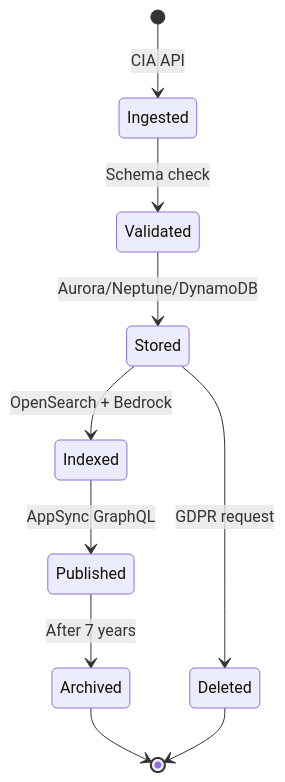
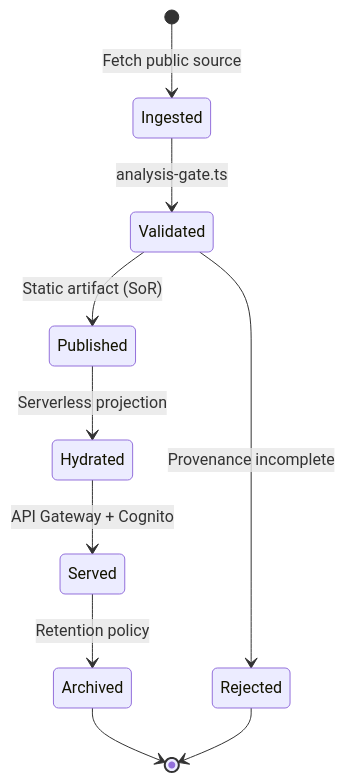
One commit to Hack23/riksdagsmonitor changed diagram 17 of 18 in FUTURE_DATA_MODEL.md. Above: the diagram before and after it, drawn with Mermaid. The commit also changed other lines of this file and 5 other files, not shown here.

Commit message:
Rewrite FUTURE_DATA_MODEL.md as three-horizon data architecture (v3.0)

````diff
--- a/FUTURE_DATA_MODEL.md
+++ b/FUTURE_DATA_MODEL.md
@@ -1575,13 +1207,12 @@
 ```mermaid
 stateDiagram-v2
-    [*] --> Ingested: CIA API
-    Ingested --> Validated: Schema check
-    Validated --> Stored: Aurora/Neptune/DynamoDB
-    Stored --> Indexed: OpenSearch + Bedrock
-    Indexed --> Published: AppSync GraphQL
-    Published --> Archived: After 7 years
+    [*] --> Ingested: Fetch public source
+    Ingested --> Validated: analysis-gate.ts
+    Validated --> Published: Static artifact (SoR)
+    Published --> Hydrated: Serverless projection
+    Hydrated --> Served: API Gateway + Cognito
+    Served --> Archived: Retention policy
     Archived --> [*]
-    
-    Stored --> Deleted: GDPR request
-    Deleted --> [*]
+    Validated --> Rejected: Provenance incomplete
+    Rejected --> [*]
 ```
````
